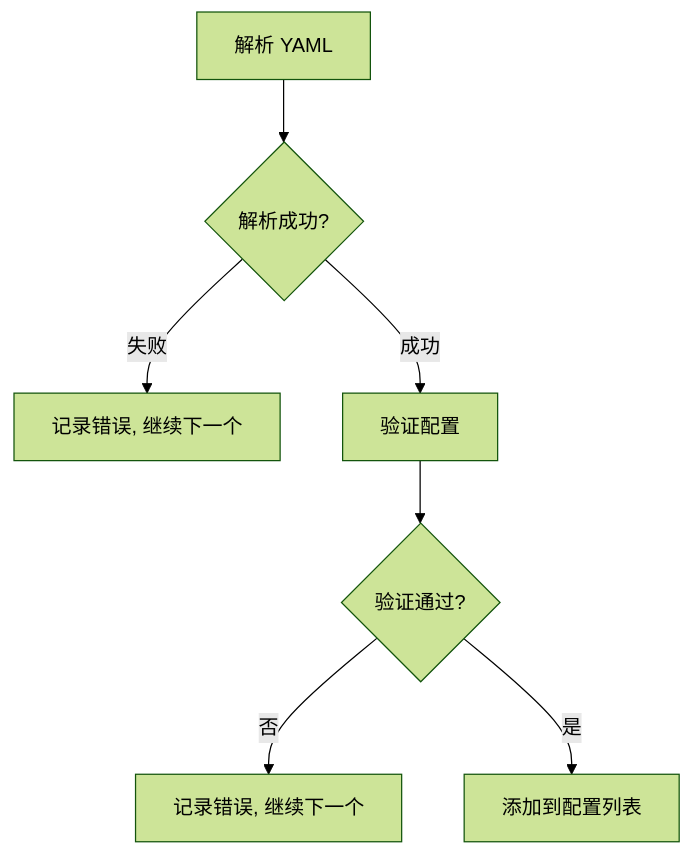
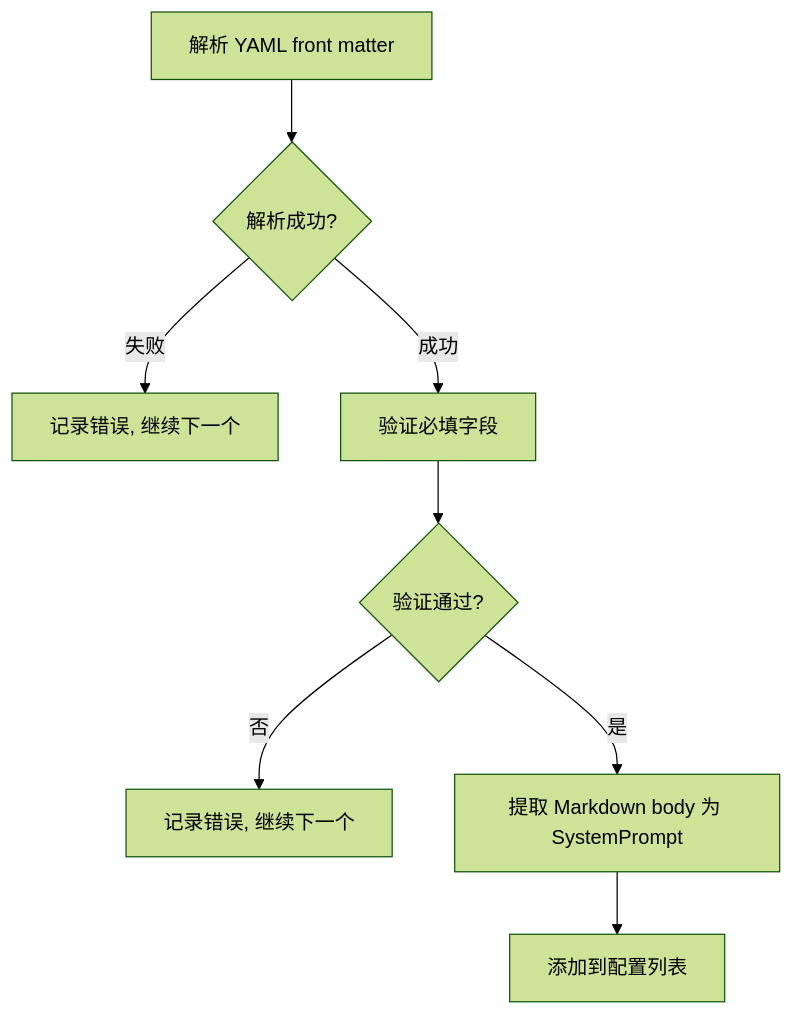
Before and after one commit to PineappleBond/xyncra-server: the fourth of 6 diagrams in wiki/flows/reload-agents.md, drawn with Mermaid (forest theme). The commit also changed other lines of this file and 21 other files, not shown here.

First line of the commit message:
docs(wiki): fix accuracy and completeness issues across all flow documents

````diff
--- a/wiki/flows/reload-agents.md
+++ b/wiki/flows/reload-agents.md
@@ -120,9 +121,10 @@
 ```mermaid
 flowchart TD
-    A[解析 YAML] --> B{解析成功?}
+    A[解析 YAML front matter] --> B{解析成功?}
     B -->|失败| C[记录错误, 继续下一个]
-    B -->|成功| D[验证配置]
+    B -->|成功| D[验证必填字段]
     D --> E{验证通过?}
     E -->|否| F[记录错误, 继续下一个]
-    E -->|是| G[添加到配置列表]
+    E -->|是| G[提取 Markdown body 为 SystemPrompt]
+    G --> H[添加到配置列表]
 ```
````
